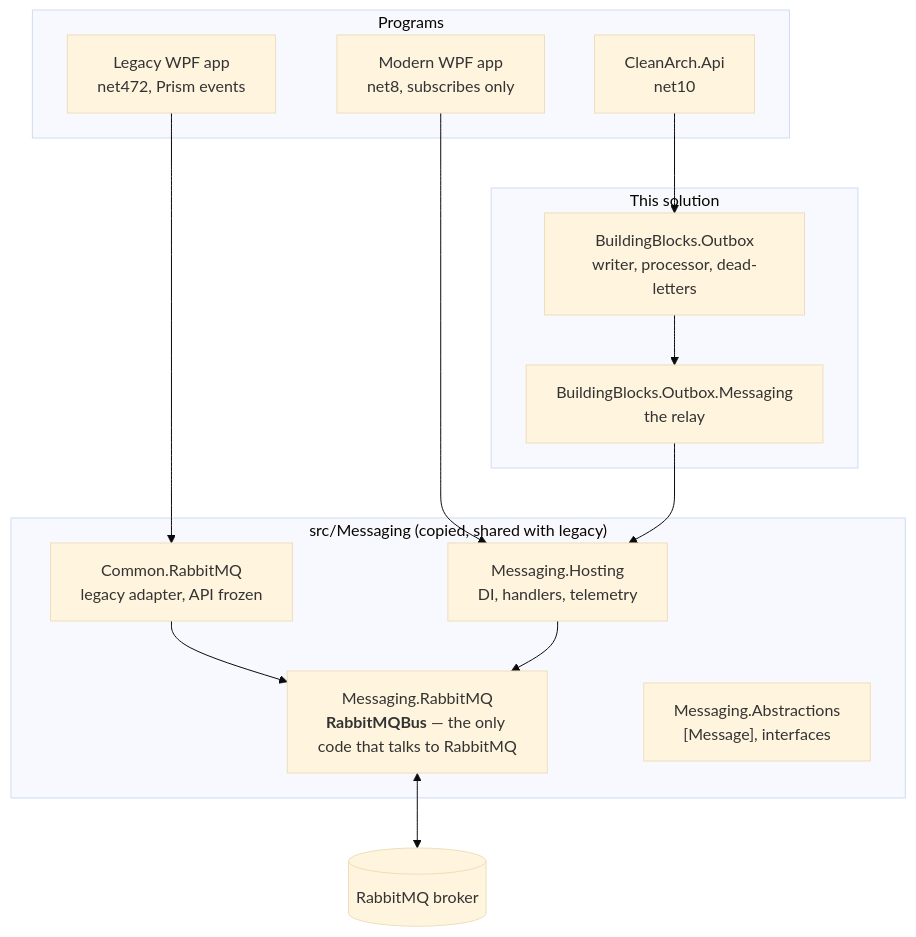
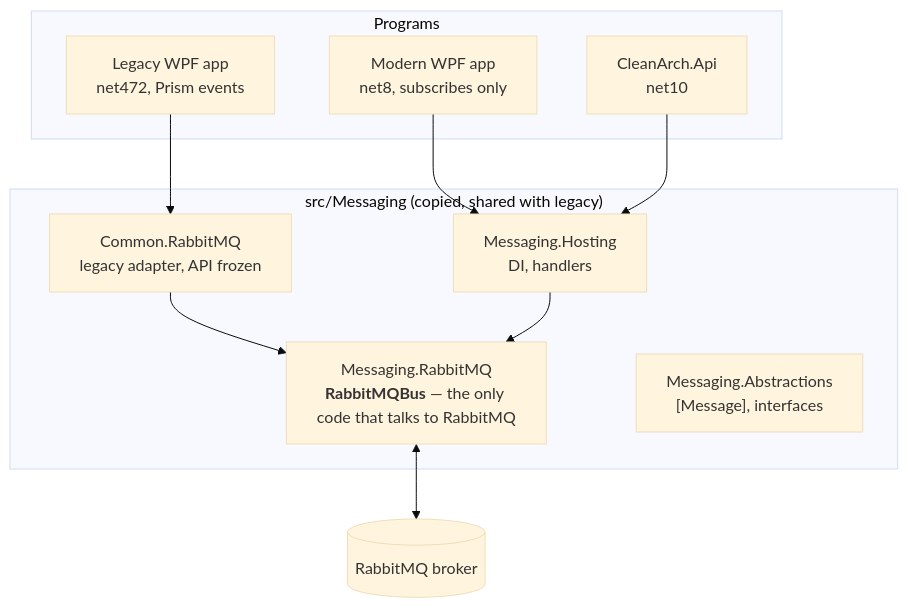
Before and after one commit to ncowine/CleanArchitecture: the first of 2 diagrams in tutorials/67-messaging-with-rabbitmq.md, drawn with Mermaid (base theme). The commit also changed other lines of this file and 192 other files, not shown here.

````diff
--- a/tutorials/67-messaging-with-rabbitmq.md
+++ b/tutorials/67-messaging-with-rabbitmq.md
@@ -157,23 +157,19 @@
 ```mermaid
 flowchart TB
     subgraph Apps["Programs"]
         L["Legacy WPF app<br/>net472, Prism events"]
         W["Modern WPF app<br/>net8, subscribes only"]
         A["CleanArch.Api<br/>net10"]
     end
-    subgraph Ours["This solution"]
-        OB["BuildingBlocks.Outbox<br/>writer, processor, dead-letters"]
-        OBM["BuildingBlocks.Outbox.Messaging<br/>the relay"]
-    end
     subgraph Msg["src/Messaging (copied, shared with legacy)"]
         AD["Common.RabbitMQ<br/>legacy adapter, API frozen"]
-        H["Messaging.Hosting<br/>DI, handlers, telemetry"]
+        H["Messaging.Hosting<br/>DI, handlers"]
         E["Messaging.RabbitMQ<br/><b>RabbitMQBus</b> — the only code that talks to RabbitMQ"]
         AB["Messaging.Abstractions<br/>[Message], interfaces"]
     end
     B[("RabbitMQ broker")]
     L --> AD --> E
     W --> H --> E
-    A --> OB --> OBM --> H
+    A --> H
     E <--> B
 ```
````
